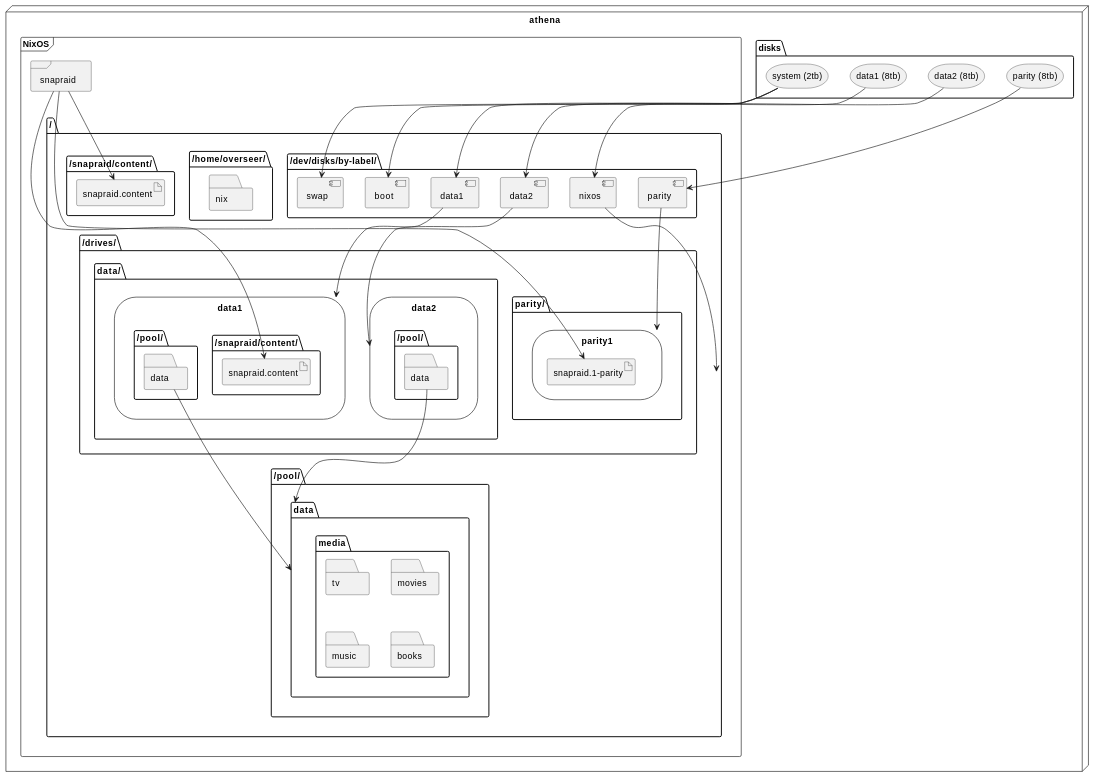
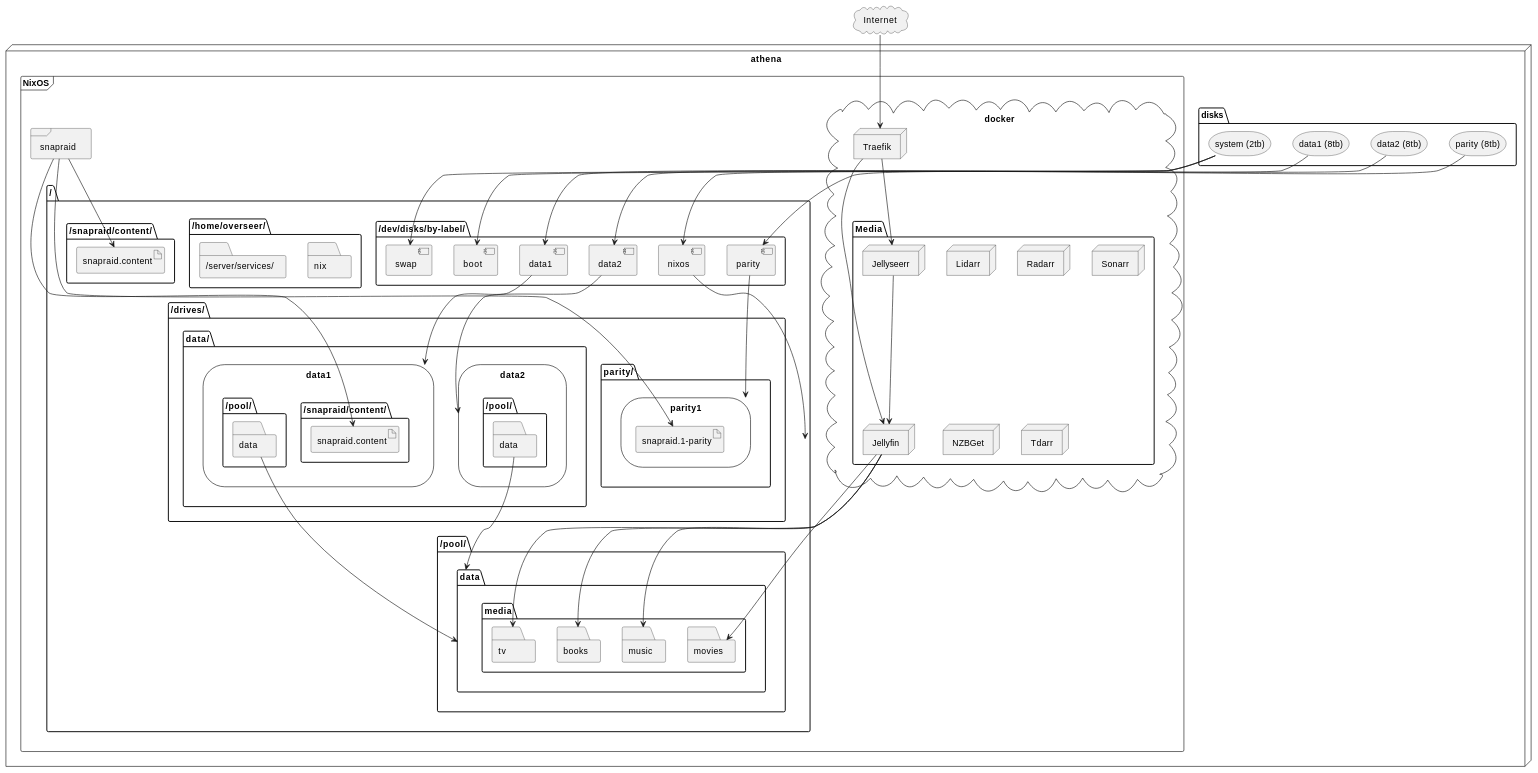
Before and after one commit to GideonWolfe/nix: the diagram in configs/hosts/athena/readme.md, drawn with PlantUML. The commit also changed other lines of this file and 15 other files, not shown here.

```diff
--- a/configs/hosts/athena/readme.md
+++ b/configs/hosts/athena/readme.md
@@ -247,4 +247,7 @@
 @startuml Server
+
+cloud Internet
+
 
 node athena {
     package disks {
@@ -316,6 +319,10 @@
                 folder nix {
 
                 }
+
+                folder /server/services/ {
+
+                }
             }
 
             folder "/snapraid/content/" as systemsnapraidcontentfolder {
@@ -326,6 +333,20 @@
         frame snapraid {
 
         }
+
+        cloud docker {
+            package Media {
+                Node Jellyfin
+                Node Jellyseerr
+                Node Lidarr
+                Node Radarr
+                Node Sonarr
+                Node NZBGet
+                Node Tdarr
+            }
+            Node Traefik
+        }
+
 
     }
 }
@@ -350,4 +371,15 @@
 [pooldata1]-->[pooldata]
 [pooldata2]-->[pooldata]
 
+
+[Internet]-->[Traefik]
+[Traefik]-->[Jellyfin]
+[Traefik]-->[Jellyseerr]
+
+[Jellyfin]-->[pooltv]
+[Jellyfin]-->[poolmovies]
+[Jellyfin]-->[poolmusic]
+[Jellyfin]-->[poolbooks]
+
+[Jellyseerr]-->[Jellyfin]
 @enduml
```
